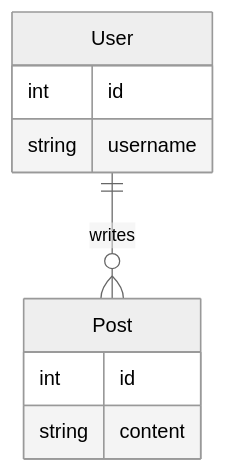
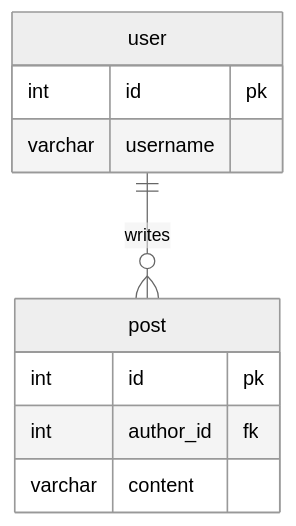
One commit to iacobucci/tesi-triennale changed the seventh of 8 diagrams in 2-2-typeorm.md. Above: the diagram before and after it, drawn with Mermaid. The commit also changed other lines of this file and 1 other file, not shown here.

````diff
--- a/2-2-typeorm.md
+++ b/2-2-typeorm.md
@@ -635,13 +652,14 @@
 ```mermaid {height=4.5cm}
 %%{init: {'theme': 'neutral', 'mirrorActors': false} }%%
 erDiagram
-    User ||--o{ Post : writes
-    User {
-        int id
-        string username
+    user ||--o{ post : writes
+    user {
+        int id pk
+        varchar username
     }
-    Post {
-        int id
-        string content
+    post {
+        int id pk
+		int author_id fk
+        varchar content
     }
 ```
````
